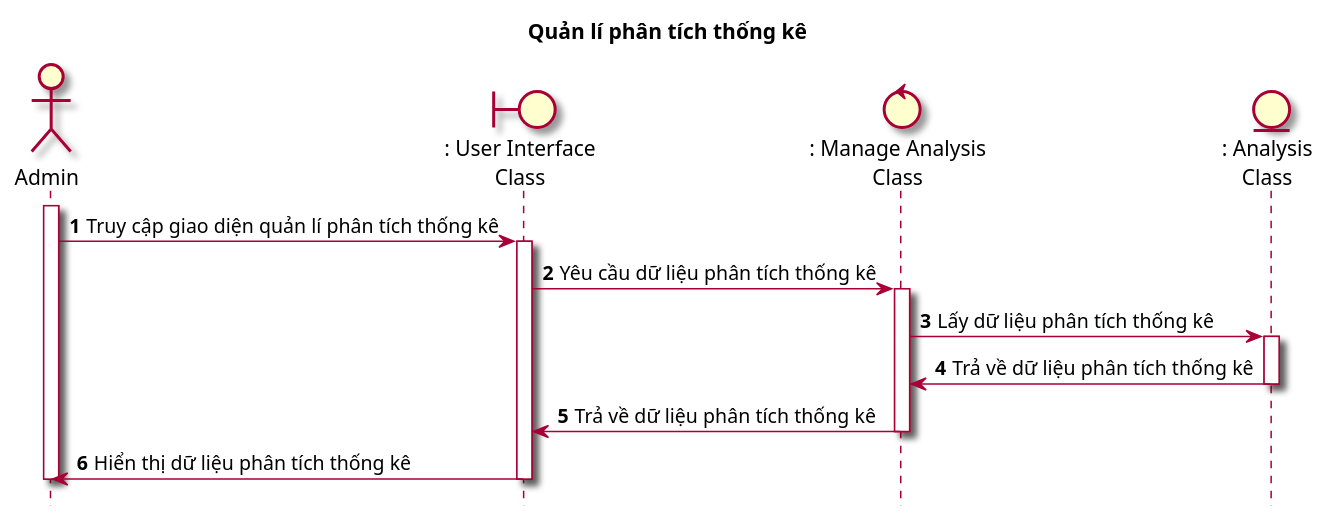
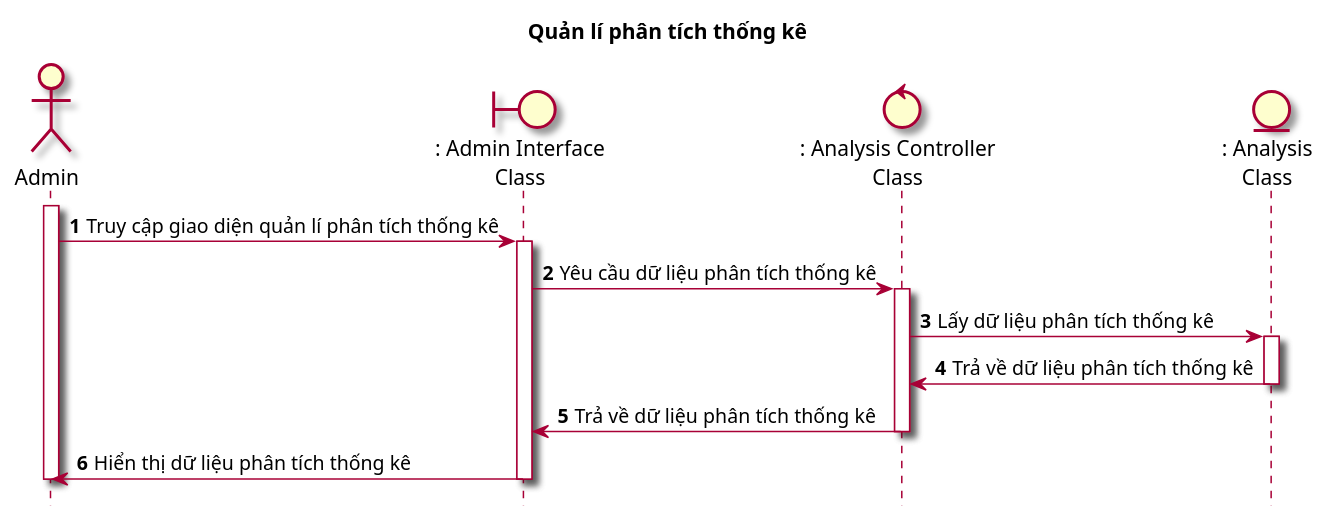
Before and after one commit to Griselda4774/EAS-EmploymentAssistanceSystem: the diagram in Lab1/Lab 1.2 Diagram/Sequence/FilePUML/14. SeqQuanLyPhanTichThongKe.puml, drawn with PlantUML. The commit also changed 4 other files, not shown here.

```diff
--- a/Lab1/Lab 1.2 Diagram/Sequence/FilePUML/14. SeqQuanLyPhanTichThongKe.puml
+++ b/Lab1/Lab 1.2 Diagram/Sequence/FilePUML/14. SeqQuanLyPhanTichThongKe.puml
@@ -1,22 +1,22 @@
 @startuml SeqQuanLyPhanTichThongKe
 
 skin rose
 hide footbox
 title Quản lí phân tích thống kê
 
 actor Admin as admin
-boundary ": User Interface\nClass" as userInterface
-control ": Manage Analysis\nClass" as manageAnalysis
+boundary ": Admin Interface\nClass" as adminInterface
+control ": Analysis Controller\nClass" as analysisController
 entity ": Analysis\nClass" as analysis
 
 autonumber
 admin++
-admin -> userInterface++: Truy cập giao diện quản lí phân tích thống kê
-userInterface -> manageAnalysis++: Yêu cầu dữ liệu phân tích thống kê
-manageAnalysis -> analysis++: Lấy dữ liệu phân tích thống kê
-analysis -> manageAnalysis--: Trả về dữ liệu phân tích thống kê
-manageAnalysis -> userInterface--: Trả về dữ liệu phân tích thống kê
-userInterface -> admin--: Hiển thị dữ liệu phân tích thống kê
+admin -> adminInterface++: Truy cập giao diện quản lí phân tích thống kê
+adminInterface -> analysisController++: Yêu cầu dữ liệu phân tích thống kê
+analysisController -> analysis++: Lấy dữ liệu phân tích thống kê
+analysis -> analysisController--: Trả về dữ liệu phân tích thống kê
+analysisController -> adminInterface--: Trả về dữ liệu phân tích thống kê
+adminInterface -> admin--: Hiển thị dữ liệu phân tích thống kê
 admin--
 
 @enduml
```
